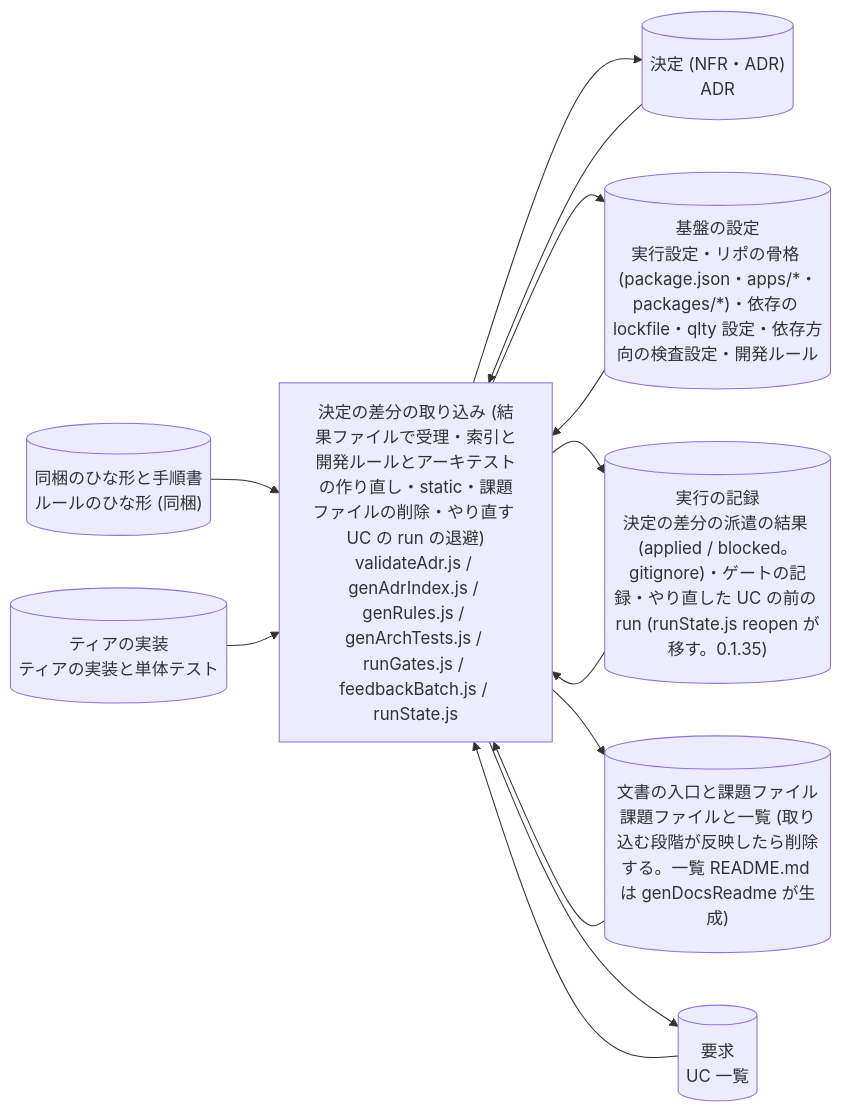
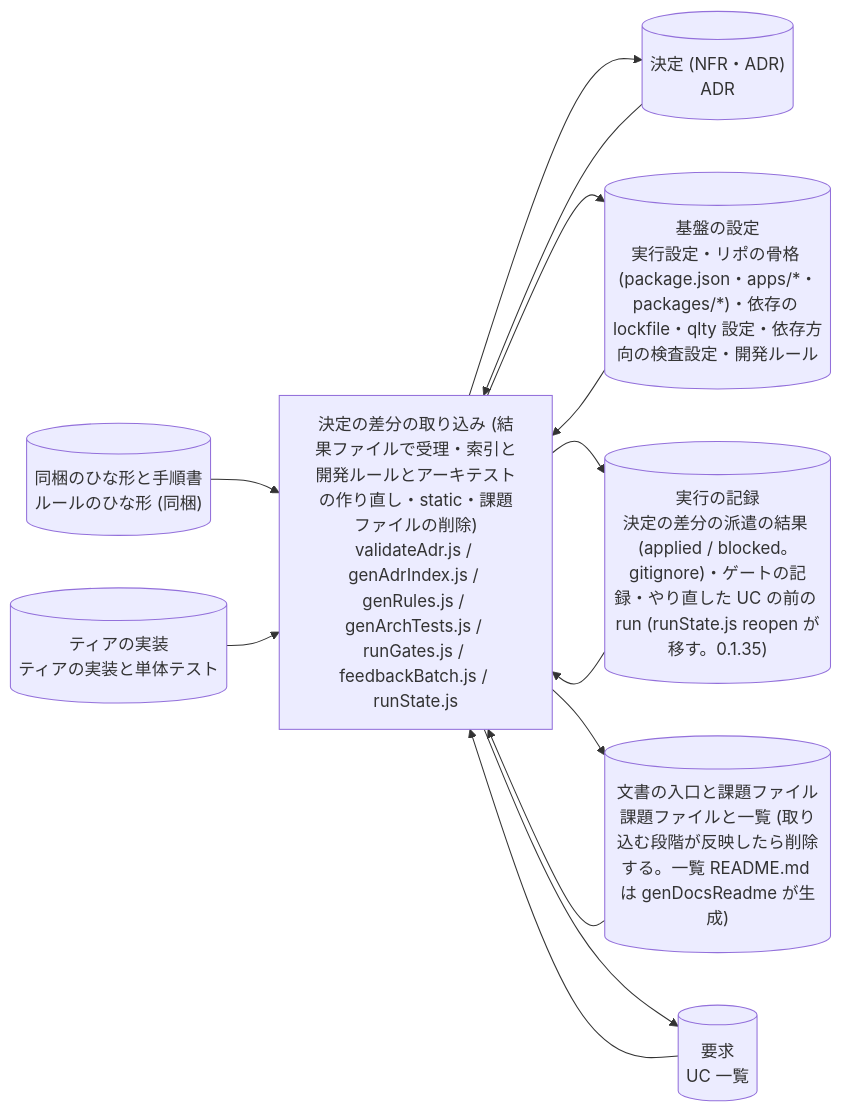
One commit to suwa-sh/suwa-sh-claude-plugins changed diagram 11 of 53 in plugins/distillery2/skills/d2-common/references/dataflow.md. Above: the diagram before and after it, drawn with Mermaid. The commit also changed other lines of this file and 21 other files, not shown here.

````diff
--- a/plugins/distillery2/skills/d2-common/references/dataflow.md
+++ b/plugins/distillery2/skills/d2-common/references/dataflow.md
@@ -319,23 +319,23 @@
 ```mermaid
 flowchart LR
-  p_run_decide_diff["決定の差分の取り込み (結果ファイルで受理・索引と開発ルールとアーキテストの作り直し・static・課題ファイルの削除・やり直す UC の run の退避)<br/>validateAdr.js / genAdrIndex.js / genRules.js / genArchTests.js / runGates.js / feedbackBatch.js / runState.js"]
+  p_run_decide_diff["決定の差分の取り込み (結果ファイルで受理・索引と開発ルールとアーキテストの作り直し・static・課題ファイルの削除)<br/>validateAdr.js / genAdrIndex.js / genRules.js / genArchTests.js / runGates.js / feedbackBatch.js / runState.js"]
   g_run[("実行の記録<br/>決定の差分の派遣の結果 (applied / blocked。gitignore)・ゲートの記録・やり直した UC の前の run (runState.js reopen が移す。0.1.35)")]
   g_decisions[("決定 (NFR・ADR)<br/>ADR")]
   g_packaged[("同梱のひな形と手順書<br/>ルールのひな形 (同梱)")]
   g_docs[("文書の入口と課題ファイル<br/>課題ファイルと一覧 (取り込む段階が反映したら削除する。一覧 README.md は genDocsReadme が生成)")]
   g_settings[("基盤の設定<br/>実行設定・リポの骨格 (package.json・apps/*・packages/*)・依存の lockfile・qlty 設定・依存方向の検査設定・開発ルール")]
   g_code[("ティアの実装<br/>ティアの実装と単体テスト")]
   g_requirements[("要求<br/>UC 一覧")]
   g_run --> p_run_decide_diff
   g_decisions --> p_run_decide_diff
   g_packaged --> p_run_decide_diff
   g_docs --> p_run_decide_diff
   g_settings --> p_run_decide_diff
   g_code --> p_run_decide_diff
   g_requirements --> p_run_decide_diff
   p_run_decide_diff --> g_decisions
   p_run_decide_diff --> g_settings
   p_run_decide_diff --> g_run
   p_run_decide_diff --> g_docs
   p_run_decide_diff --> g_requirements
 ```
````
